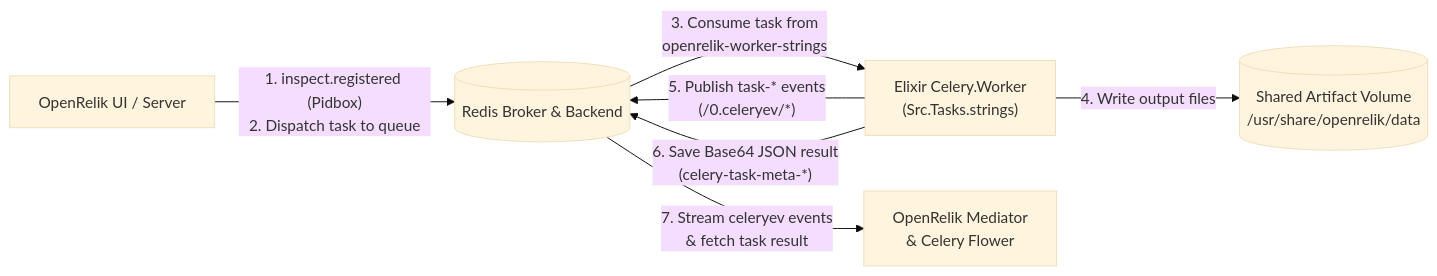
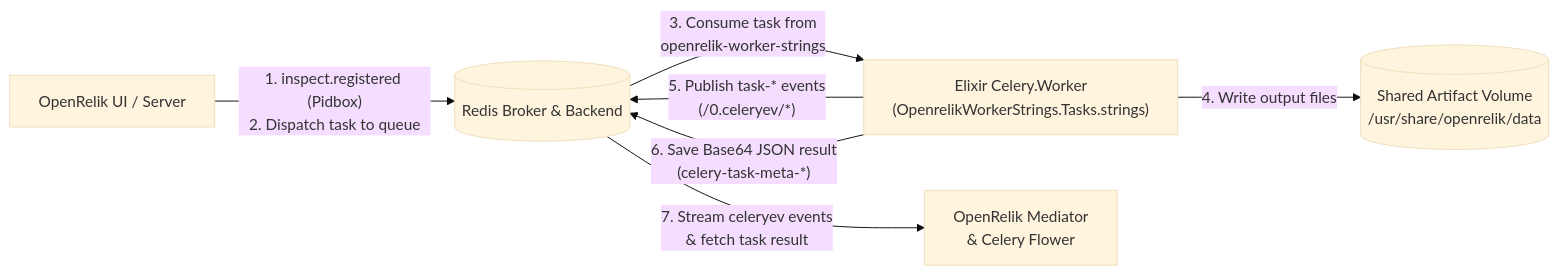
The diagram in README.md (hacktobeer/openrelik-worker-strings-elixir), drawn with Mermaid (base theme) before and after one commit. The commit also changed other lines of this file and 11 other files, not shown here.

````diff
--- a/README.md
+++ b/README.md
@@ -13,9 +13,9 @@
 ```mermaid
 flowchart LR
     UI["OpenRelik UI / Server"] -- "1. inspect.registered (Pidbox)\n2. Dispatch task to queue" --> Redis[("Redis Broker & Backend")]
-    Redis -- "3. Consume task from\nopenrelik-worker-strings" --> Worker["Elixir Celery.Worker\n(Src.Tasks.strings)"]
+    Redis -- "3. Consume task from\nopenrelik-worker-strings" --> Worker["Elixir Celery.Worker\n(OpenrelikWorkerStrings.Tasks.strings)"]
     Worker -- "4. Write output files" --> Volume[("Shared Artifact Volume\n/usr/share/openrelik/data")]
     Worker -- "5. Publish task-* events\n(/0.celeryev/*)" --> Redis
     Worker -- "6. Save Base64 JSON result\n(celery-task-meta-*)" --> Redis
     Redis -- "7. Stream celeryev events\n& fetch task result" --> Mediator["OpenRelik Mediator\n& Celery Flower"]
 ```
````
